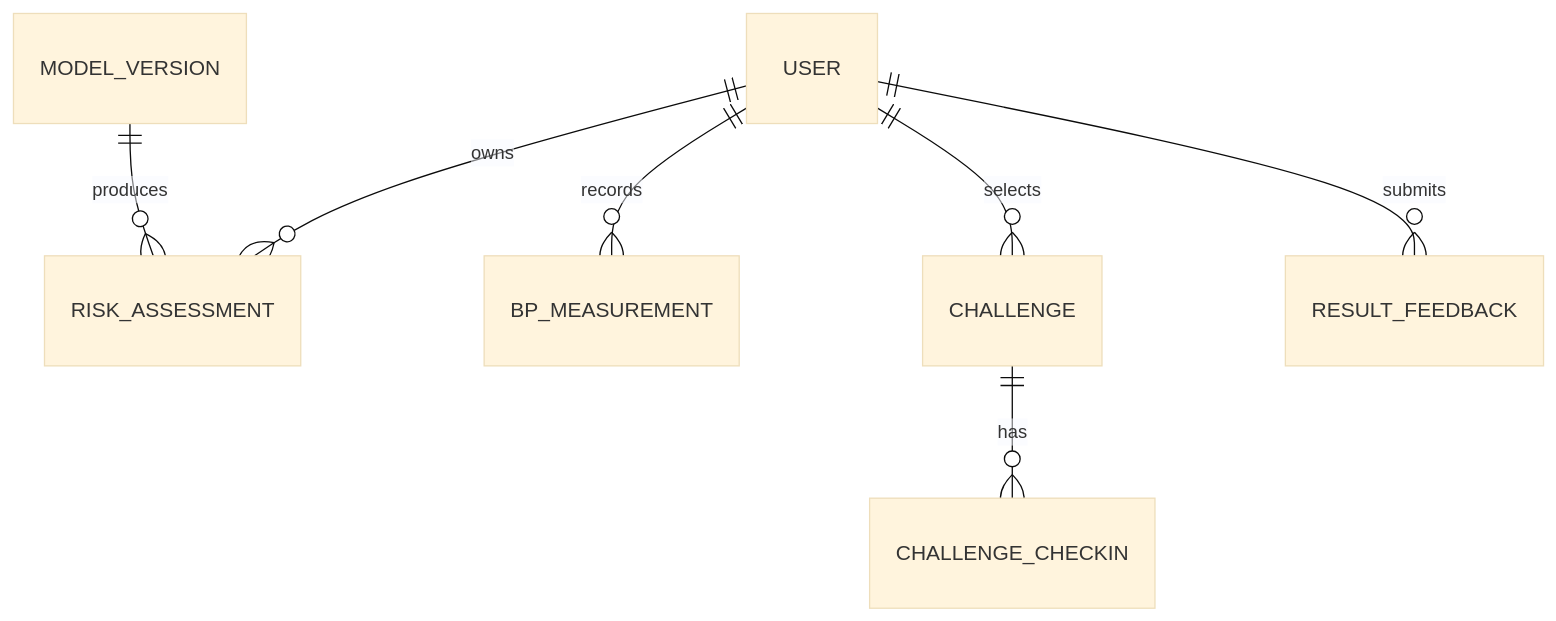
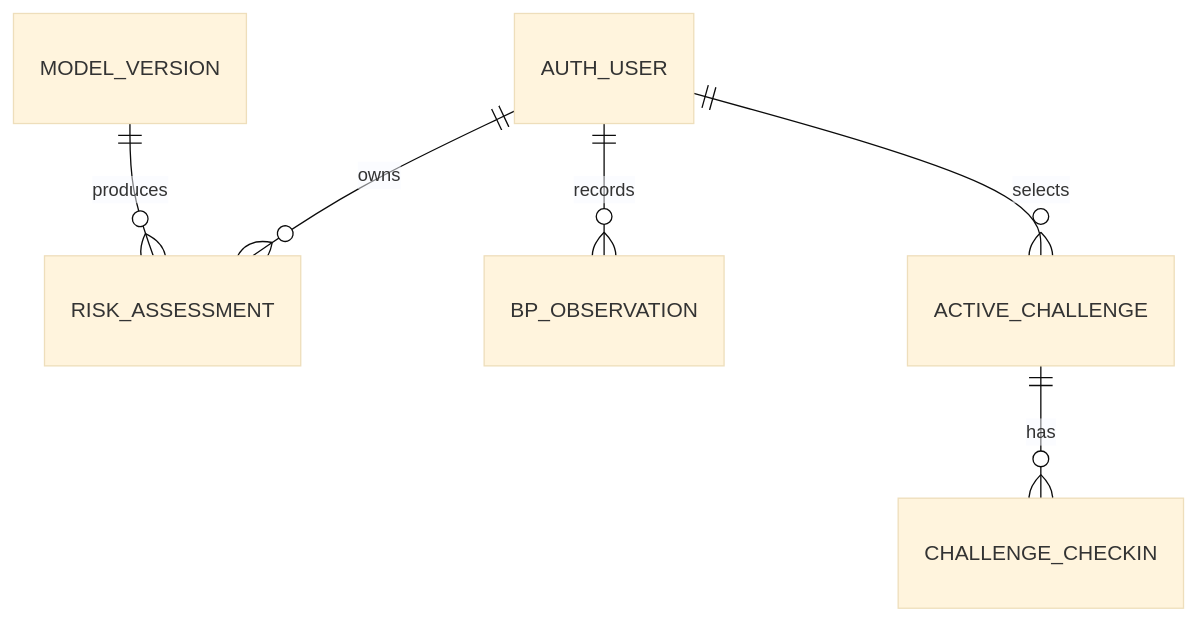
One commit to AI-HealthCare-05/AH_05_07 changed the third of 3 diagrams in docs/architecture.md. Above: the diagram before and after it, drawn with Mermaid (base theme). The commit also changed other lines of this file and 3 other files, not shown here.

````diff
--- a/docs/architecture.md
+++ b/docs/architecture.md
@@ -16,9 +37,8 @@
 ```mermaid
 erDiagram
-    USER ||--o{ RISK_ASSESSMENT : owns
-    USER ||--o{ BP_MEASUREMENT : records
-    USER ||--o{ CHALLENGE : selects
-    CHALLENGE ||--o{ CHALLENGE_CHECKIN : has
-    USER ||--o{ RESULT_FEEDBACK : submits
+    AUTH_USER ||--o{ RISK_ASSESSMENT : owns
     MODEL_VERSION ||--o{ RISK_ASSESSMENT : produces
+    AUTH_USER ||--o{ BP_OBSERVATION : records
+    AUTH_USER ||--o{ ACTIVE_CHALLENGE : selects
+    ACTIVE_CHALLENGE ||--o{ CHALLENGE_CHECKIN : has
 ```
````
